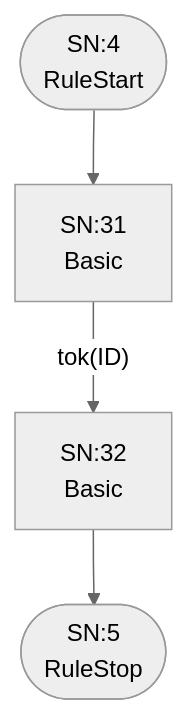
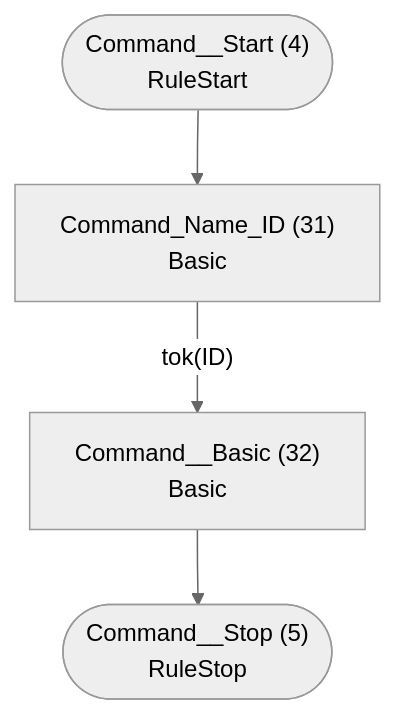
One commit to TypeFox/fastbelt changed the third of 5 diagrams in examples/statemachine/atn.md. Above: the diagram before and after it, drawn with Mermaid (neutral theme). The commit also changed other lines of this file and 26 other files, not shown here.

````diff
--- a/examples/statemachine/atn.md
+++ b/examples/statemachine/atn.md
@@ -72,11 +72,11 @@
 ```mermaid
 flowchart TD
-    q4(["SN:4<br/>RuleStart"])
-    q5(["SN:5<br/>RuleStop"])
-    q31["SN:31<br/>Basic<br/>"]
-    q32["SN:32<br/>Basic<br/>"]
+    q4(["Command__Start (4)<br/>RuleStart"])
+    q5(["Command__Stop (5)<br/>RuleStop"])
+    q31["Command_Name_ID (31)<br/>Basic<br/>"]
+    q32["Command__Basic (32)<br/>Basic<br/>"]
 
     q4 --> q31
     q31 -->|"tok(ID)"| q32
     q32 --> q5
 ```
````
